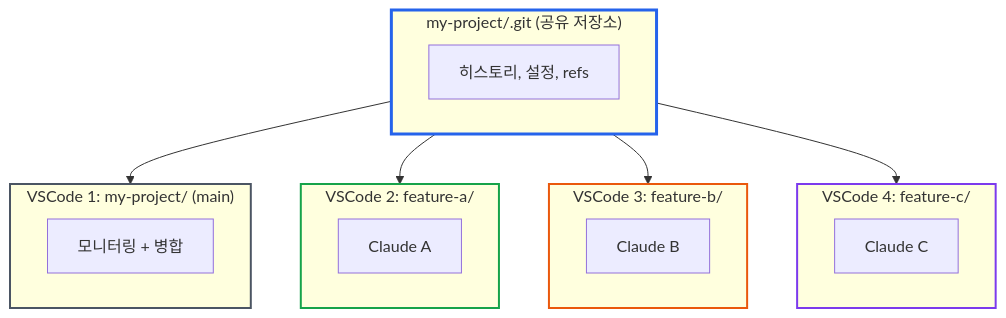
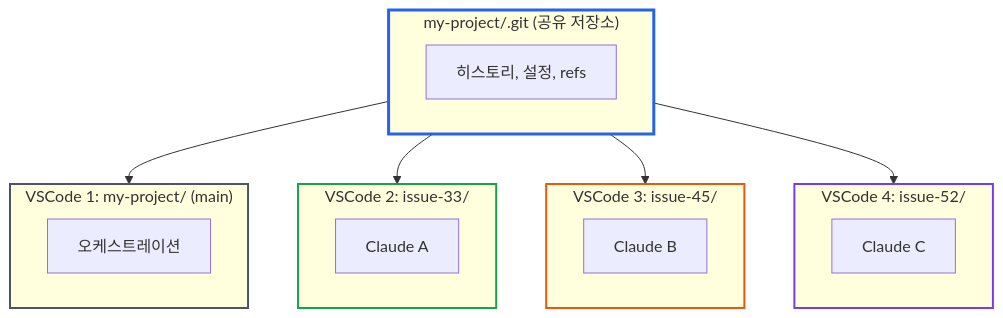
The diagram in 2025/12/28/git-worktree-multi-agent-tutorial.md (imprun/blogs), drawn with Mermaid before and after one commit. The commit also changed other lines of this file, not shown here.

````diff
--- a/2025/12/28/git-worktree-multi-agent-tutorial.md
+++ b/2025/12/28/git-worktree-multi-agent-tutorial.md
@@ -205,33 +220,33 @@
 ```mermaid
 graph TB
     subgraph GIT["my-project/.git (공유 저장소)"]
         HISTORY["히스토리, 설정, refs"]
     end
 
     subgraph WT1["VSCode 1: my-project/ (main)"]
-        DEV["모니터링 + 병합"]
+        DEV["오케스트레이션"]
     end
 
-    subgraph WT2["VSCode 2: feature-a/"]
+    subgraph WT2["VSCode 2: issue-33/"]
         CLAUDE_A["Claude A"]
     end
 
-    subgraph WT3["VSCode 3: feature-b/"]
+    subgraph WT3["VSCode 3: issue-45/"]
         CLAUDE_B["Claude B"]
     end
 
-    subgraph WT4["VSCode 4: feature-c/"]
+    subgraph WT4["VSCode 4: issue-52/"]
         CLAUDE_C["Claude C"]
     end
 
     GIT --> WT1
     GIT --> WT2
     GIT --> WT3
     GIT --> WT4
 
     style GIT stroke:#2563eb,stroke-width:3px
     style WT1 stroke:#4b5563,stroke-width:2px
     style WT2 stroke:#16a34a,stroke-width:2px
     style WT3 stroke:#ea580c,stroke-width:2px
     style WT4 stroke:#7c3aed,stroke-width:2px
 ```
````
